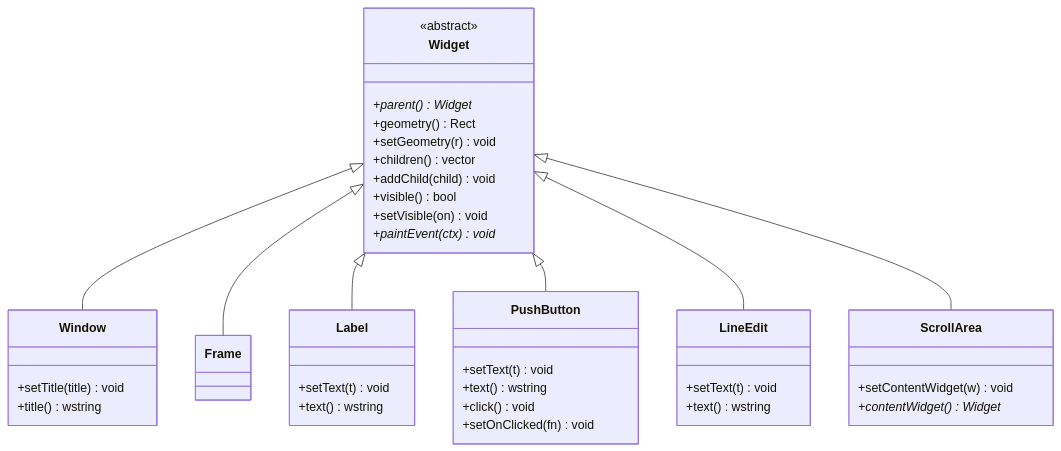
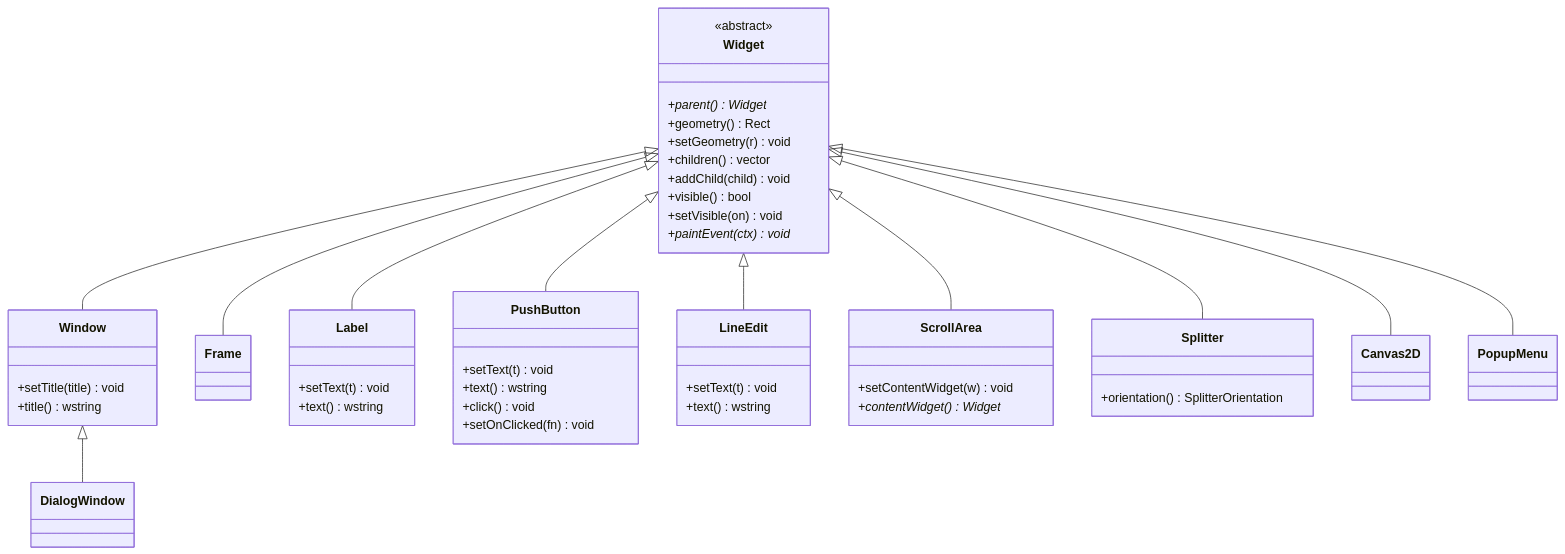
One commit to shelltdf/AGIS changed the second of 4 diagrams in ai-software-engineering/02-physical/gis-desktop-win32/uml-class-ui.md. Above: the diagram before and after it, drawn with Mermaid. The commit also changed other lines of this file and 10 other files, not shown here.

````diff
--- a/ai-software-engineering/02-physical/gis-desktop-win32/uml-class-ui.md
+++ b/ai-software-engineering/02-physical/gis-desktop-win32/uml-class-ui.md
@@ -52,51 +54,63 @@
 ```mermaid
 classDiagram
   direction TB
 
   class Widget {
     <<abstract>>
     +parent() Widget*
     +geometry() Rect
     +setGeometry(r) void
     +children() vector
     +addChild(child) void
     +visible() bool
     +setVisible(on) void
     +paintEvent(ctx)* void
   }
 
   class Window {
     +setTitle(title) void
     +title() wstring
   }
 
   class Frame
   class Label {
     +setText(t) void
     +text() wstring
   }
 
   class PushButton {
     +setText(t) void
     +text() wstring
     +click() void
     +setOnClicked(fn) void
   }
 
   class LineEdit {
     +setText(t) void
     +text() wstring
   }
 
   class ScrollArea {
     +setContentWidget(w) void
     +contentWidget() Widget*
   }
 
+  class Splitter {
+    +orientation() SplitterOrientation
+  }
+
+  class Canvas2D
+  class DialogWindow
+  class PopupMenu
+
   Widget <|-- Window
   Widget <|-- Frame
   Widget <|-- Label
   Widget <|-- PushButton
   Widget <|-- LineEdit
   Widget <|-- ScrollArea
+  Widget <|-- Splitter
+  Widget <|-- Canvas2D
+  Window <|-- DialogWindow
+  Widget <|-- PopupMenu
 ```
````
